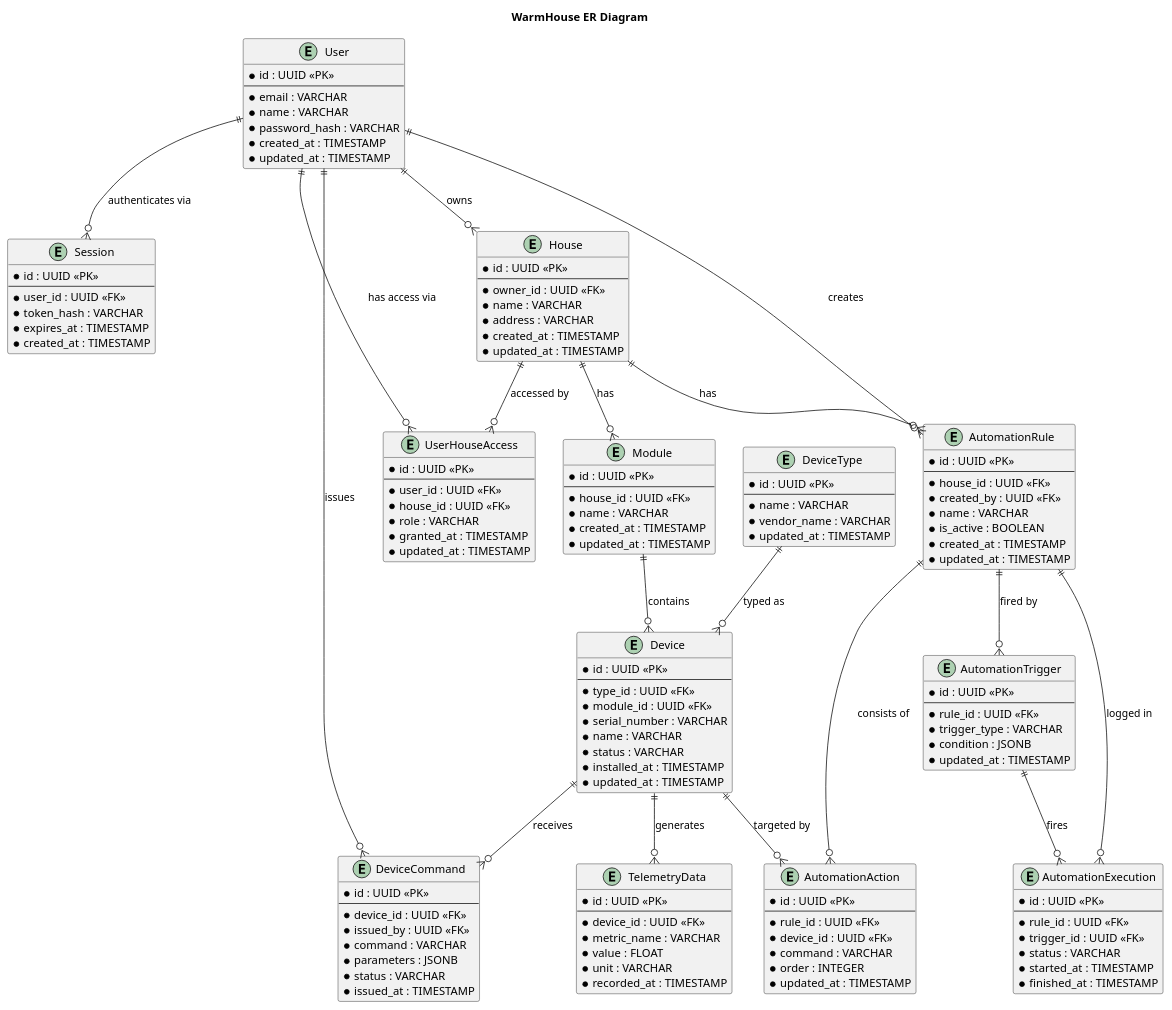
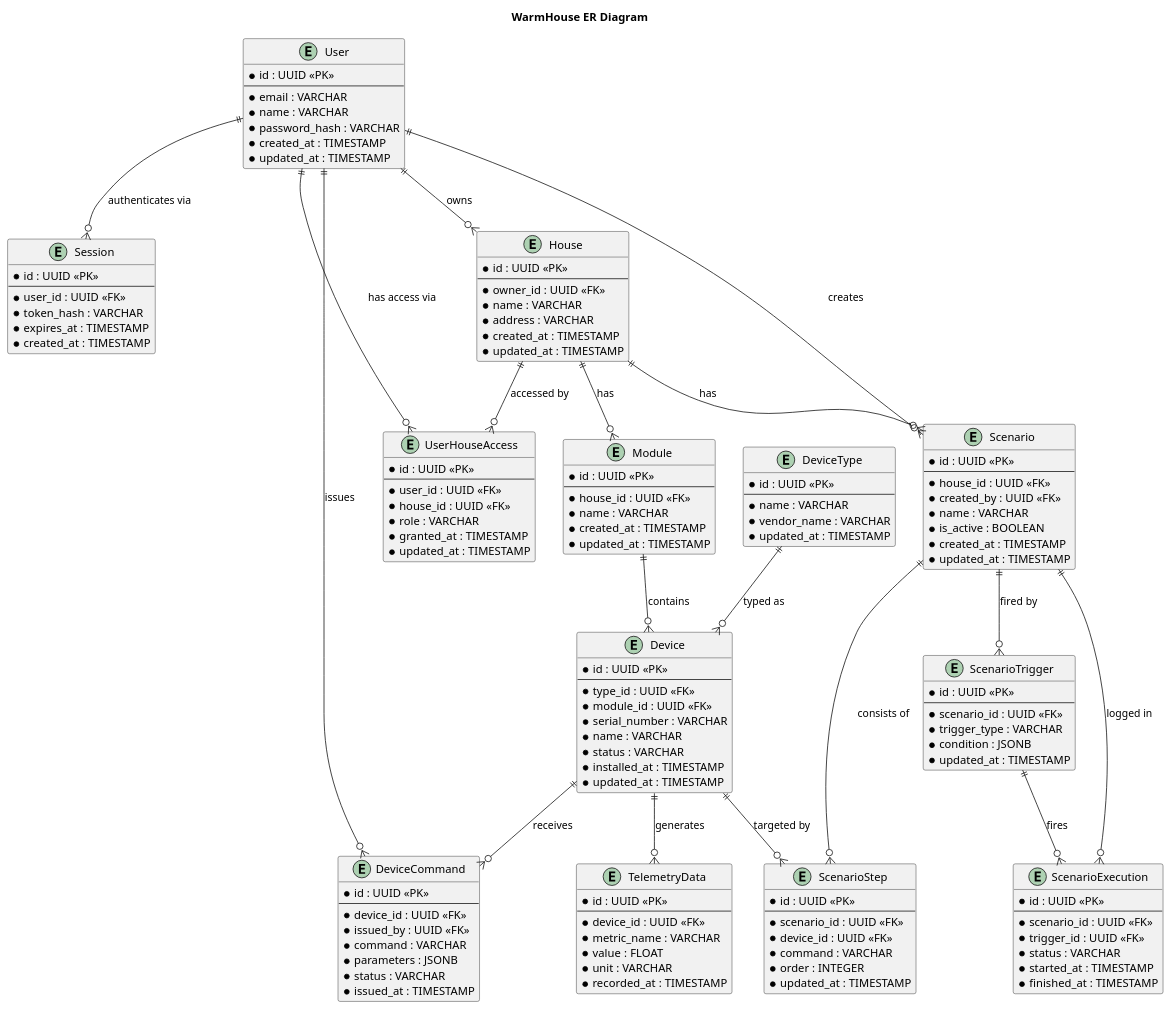
The diagram in diagrams/er.puml (eugene-milostivenko/arch_01), drawn with PlantUML before and after one commit. The commit also changed 6 other files, not shown here.

Commit message:
ref diagrams

```diff
--- a/diagrams/er.puml
+++ b/diagrams/er.puml
@@ -1,156 +1,156 @@
 @startuml
 title WarmHouse ER Diagram
 
 ' ── User Management ───────────────────────────────────────────────────────────
 entity "User" as user {
   * id : UUID <<PK>>
   --
   * email : VARCHAR
   * name : VARCHAR
   * password_hash : VARCHAR
   * created_at : TIMESTAMP
   * updated_at : TIMESTAMP
 }
 
 entity "Session" as session {
   * id : UUID <<PK>>
   --
   * user_id : UUID <<FK>>
   * token_hash : VARCHAR
   * expires_at : TIMESTAMP
   * created_at : TIMESTAMP
 }
 
 ' ── Device Management ─────────────────────────────────────────────────────────
 entity "House" as house {
   * id : UUID <<PK>>
   --
   * owner_id : UUID <<FK>>
   * name : VARCHAR
   * address : VARCHAR
   * created_at : TIMESTAMP
   * updated_at : TIMESTAMP
 }
 
 entity "UserHouseAccess" as house_access {
   * id : UUID <<PK>>
   --
   * user_id : UUID <<FK>>
   * house_id : UUID <<FK>>
   * role : VARCHAR
   * granted_at : TIMESTAMP
   * updated_at : TIMESTAMP
 }
 
 entity "DeviceType" as device_type {
   * id : UUID <<PK>>
   --
   * name : VARCHAR
   * vendor_name : VARCHAR
   * updated_at : TIMESTAMP
 }
 
 entity "Module" as module {
   * id : UUID <<PK>>
   --
   * house_id : UUID <<FK>>
   * name : VARCHAR
   * created_at : TIMESTAMP
   * updated_at : TIMESTAMP
 }
 
 entity "Device" as device {
   * id : UUID <<PK>>
   --
   * type_id : UUID <<FK>>
   * module_id : UUID <<FK>>
   * serial_number : VARCHAR
   * name : VARCHAR
   * status : VARCHAR
   * installed_at : TIMESTAMP
   * updated_at : TIMESTAMP
 }
 
 entity "DeviceCommand" as command {
   * id : UUID <<PK>>
   --
   * device_id : UUID <<FK>>
   * issued_by : UUID <<FK>>
   * command : VARCHAR
   * parameters : JSONB
   * status : VARCHAR
   * issued_at : TIMESTAMP
 }
 
 ' ── Telemetry ─────────────────────────────────────────────────────────────────
 entity "TelemetryData" as telemetry {
   * id : UUID <<PK>>
   --
   * device_id : UUID <<FK>>
   * metric_name : VARCHAR
   * value : FLOAT
   * unit : VARCHAR
   * recorded_at : TIMESTAMP
 }
 
 ' ── Automation ────────────────────────────────────────────────────────────────
-entity "AutomationRule" as rule {
+entity "Scenario" as scenario {
   * id : UUID <<PK>>
   --
   * house_id : UUID <<FK>>
   * created_by : UUID <<FK>>
   * name : VARCHAR
   * is_active : BOOLEAN
   * created_at : TIMESTAMP
   * updated_at : TIMESTAMP
 }
 
-entity "AutomationTrigger" as trigger {
+entity "ScenarioTrigger" as trigger {
   * id : UUID <<PK>>
   --
-  * rule_id : UUID <<FK>>
+  * scenario_id : UUID <<FK>>
   * trigger_type : VARCHAR
   * condition : JSONB
   * updated_at : TIMESTAMP
 }
 
-entity "AutomationAction" as action {
+entity "ScenarioStep" as step {
   * id : UUID <<PK>>
   --
-  * rule_id : UUID <<FK>>
+  * scenario_id : UUID <<FK>>
   * device_id : UUID <<FK>>
   * command : VARCHAR
   * order : INTEGER
   * updated_at : TIMESTAMP
 }
 
-entity "AutomationExecution" as execution {
+entity "ScenarioExecution" as execution {
   * id : UUID <<PK>>
   --
-  * rule_id : UUID <<FK>>
+  * scenario_id : UUID <<FK>>
   * trigger_id : UUID <<FK>>
   * status : VARCHAR
   * started_at : TIMESTAMP
   * finished_at : TIMESTAMP
 }
 
 ' ── Relations ─────────────────────────────────────────────────────────────────
 user        ||--o{ session      : "authenticates via"
 user        ||--o{ house        : "owns"
 user        ||--o{ house_access : "has access via"
 house       ||--o{ house_access : "accessed by"
 house       ||--o{ module    : "has"
 module      ||--o{ device    : "contains"
-house       ||--o{ rule      : "has"
-user        ||--o{ rule      : "creates"
+house       ||--o{ scenario  : "has"
+user        ||--o{ scenario  : "creates"
 device_type ||--o{ device    : "typed as"
 device      ||--o{ telemetry : "generates"
 device      ||--o{ command   : "receives"
-rule        ||--o{ trigger   : "fired by"
-rule        ||--o{ action    : "consists of"
-rule        ||--o{ execution : "logged in"
+scenario    ||--o{ trigger   : "fired by"
+scenario    ||--o{ step      : "consists of"
+scenario    ||--o{ execution : "logged in"
 trigger     ||--o{ execution : "fires"
-device      ||--o{ action    : "targeted by"
+device      ||--o{ step      : "targeted by"
 user        ||--o{ command   : "issues"
 
 @enduml
```
